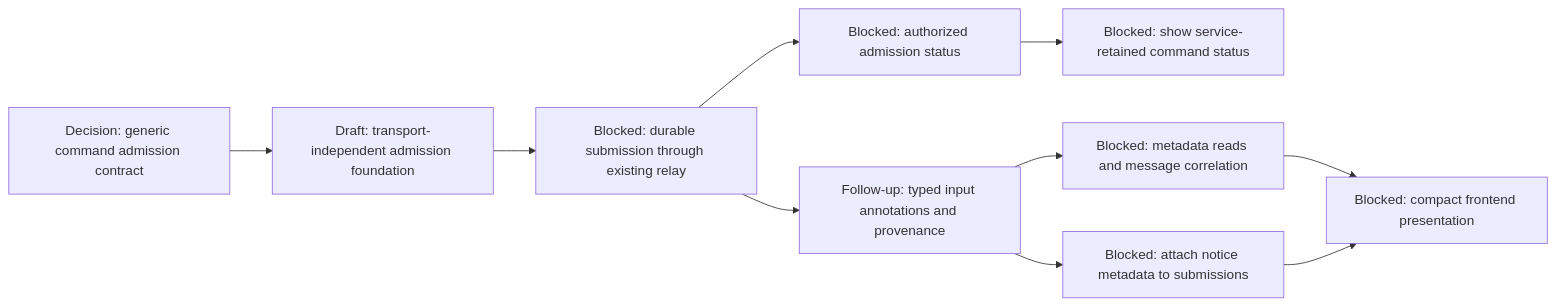
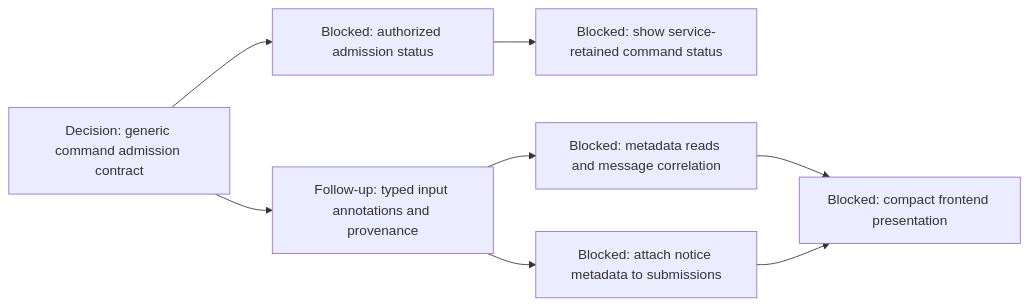
The second of 9 diagrams in agentplane/plans/task_dag.md (agentydragon-agent/ducktape), drawn with Mermaid before and after one commit. The commit also changed other lines of this file and 43 other files, not shown here.

First line of the commit message:
agentplane: durable command admission store on sandbox_commands (#9741)

````diff
--- a/agentplane/plans/task_dag.md
+++ b/agentplane/plans/task_dag.md
@@ -79,21 +79,17 @@
 ```mermaid
 flowchart LR
     SESSION_COMMAND_CONTRACT[Decision: generic command admission contract]
-    SESSION_COMMAND_CORE[Draft: transport-independent admission foundation]
-    SESSION_COMMAND_SUBMISSION[Blocked: durable submission through existing relay]
     SESSION_COMMAND_STATUS_READ[Blocked: authorized admission status]
     SESSION_COMMAND_STATUS_UI[Blocked: show service-retained command status]
     SESSION_INPUT_METADATA[Follow-up: typed input annotations and provenance]
     SESSION_INPUT_METADATA_READ[Blocked: metadata reads and message correlation]
     NOTIFICATION_NOTICE_METADATA[Blocked: attach notice metadata to submissions]
     NOTIFICATION_PRESENTATION[Blocked: compact frontend presentation]
-    SESSION_COMMAND_CONTRACT --> SESSION_COMMAND_CORE
-    SESSION_COMMAND_CORE --> SESSION_COMMAND_SUBMISSION
-    SESSION_COMMAND_SUBMISSION --> SESSION_COMMAND_STATUS_READ
+    SESSION_COMMAND_CONTRACT --> SESSION_COMMAND_STATUS_READ
     SESSION_COMMAND_STATUS_READ --> SESSION_COMMAND_STATUS_UI
-    SESSION_COMMAND_SUBMISSION --> SESSION_INPUT_METADATA
+    SESSION_COMMAND_CONTRACT --> SESSION_INPUT_METADATA
     SESSION_INPUT_METADATA --> SESSION_INPUT_METADATA_READ
     SESSION_INPUT_METADATA --> NOTIFICATION_NOTICE_METADATA
     SESSION_INPUT_METADATA_READ --> NOTIFICATION_PRESENTATION
     NOTIFICATION_NOTICE_METADATA --> NOTIFICATION_PRESENTATION
 ```
````
